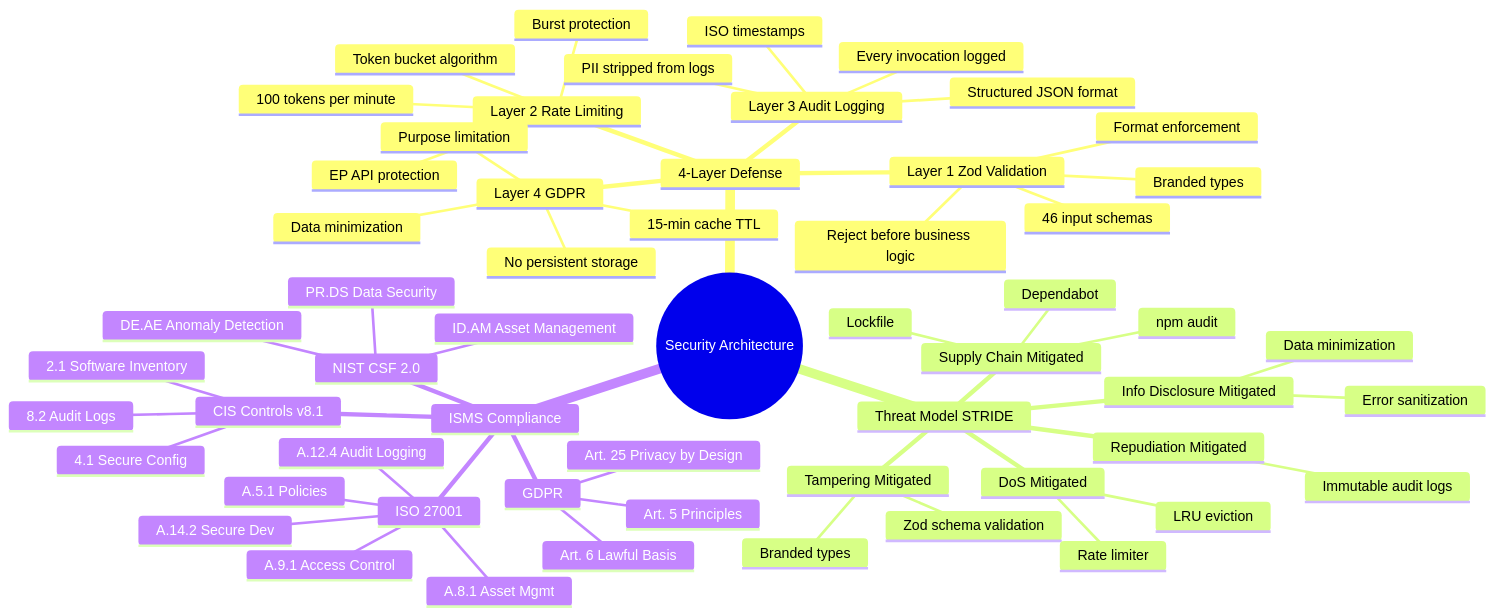
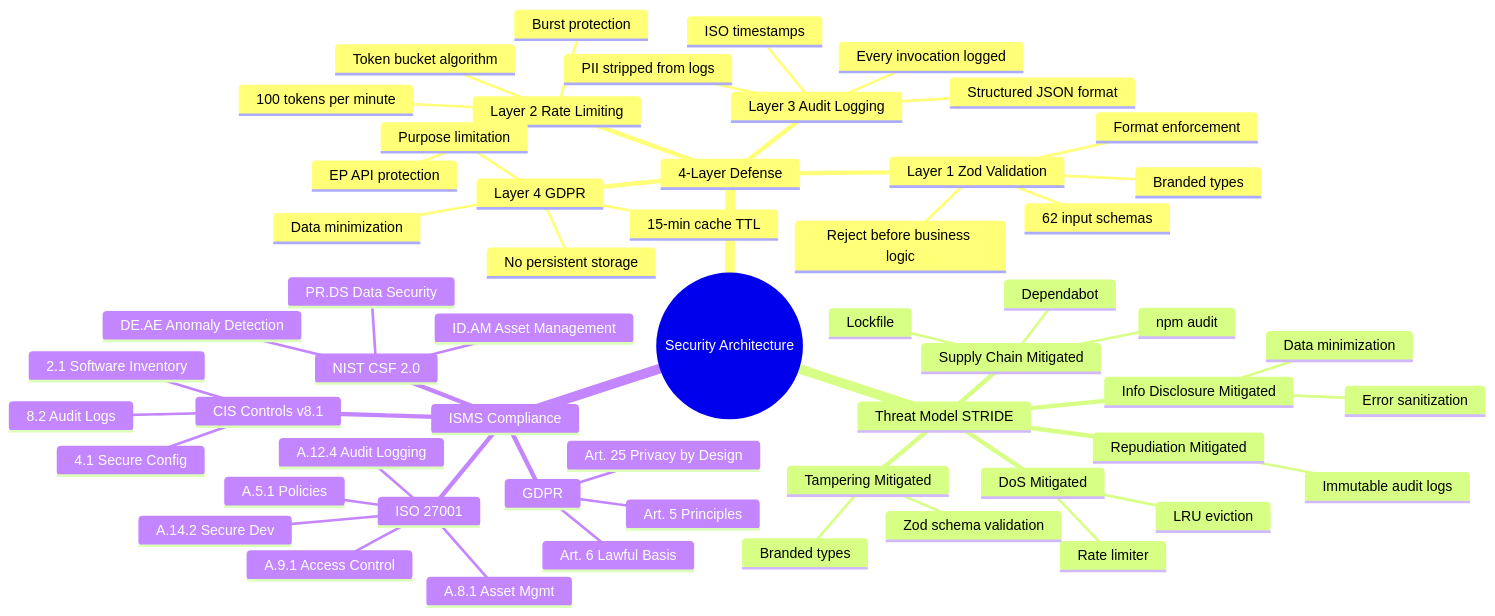
The fourth of 5 diagrams in MINDMAP.md (Hack23/European-Parliament-MCP-Server), drawn with Mermaid before and after one commit. The commit also changed other lines of this file and 13 other files, not shown here.

````diff
--- a/MINDMAP.md
+++ b/MINDMAP.md
@@ -310,60 +310,60 @@
 ```mermaid
 mindmap
   root((Security Architecture))
     4-Layer Defense
       Layer 1 Zod Validation
-        46 input schemas
+        62 input schemas
         Branded types
         Format enforcement
         Reject before business logic
       Layer 2 Rate Limiting
         Token bucket algorithm
         100 tokens per minute
         Burst protection
         EP API protection
       Layer 3 Audit Logging
         Every invocation logged
         PII stripped from logs
         ISO timestamps
         Structured JSON format
       Layer 4 GDPR
         Data minimization
         Purpose limitation
         15-min cache TTL
         No persistent storage
     Threat Model STRIDE
       Tampering Mitigated
         Zod schema validation
         Branded types
       Repudiation Mitigated
         Immutable audit logs
       Info Disclosure Mitigated
         Data minimization
         Error sanitization
       DoS Mitigated
         Rate limiter
         LRU eviction
       Supply Chain Mitigated
         Dependabot
         npm audit
         Lockfile
     ISMS Compliance
       ISO 27001
         A.5.1 Policies
         A.8.1 Asset Mgmt
         A.9.1 Access Control
         A.12.4 Audit Logging
         A.14.2 Secure Dev
       NIST CSF 2.0
         ID.AM Asset Management
         PR.DS Data Security
         DE.AE Anomaly Detection
       CIS Controls v8.1
         2.1 Software Inventory
         4.1 Secure Config
         8.2 Audit Logs
       GDPR
         Art. 5 Principles
         Art. 25 Privacy by Design
         Art. 6 Lawful Basis
 ```
````
